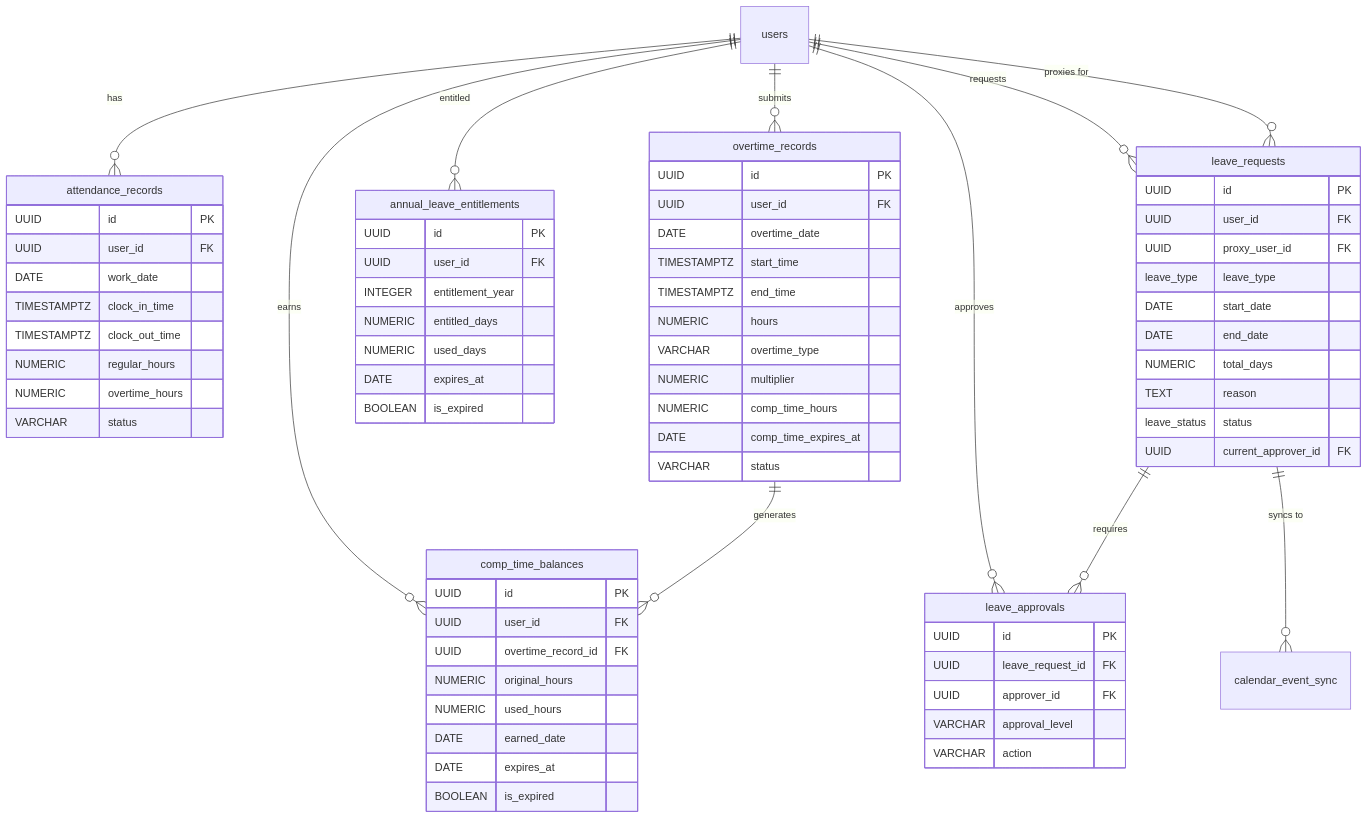
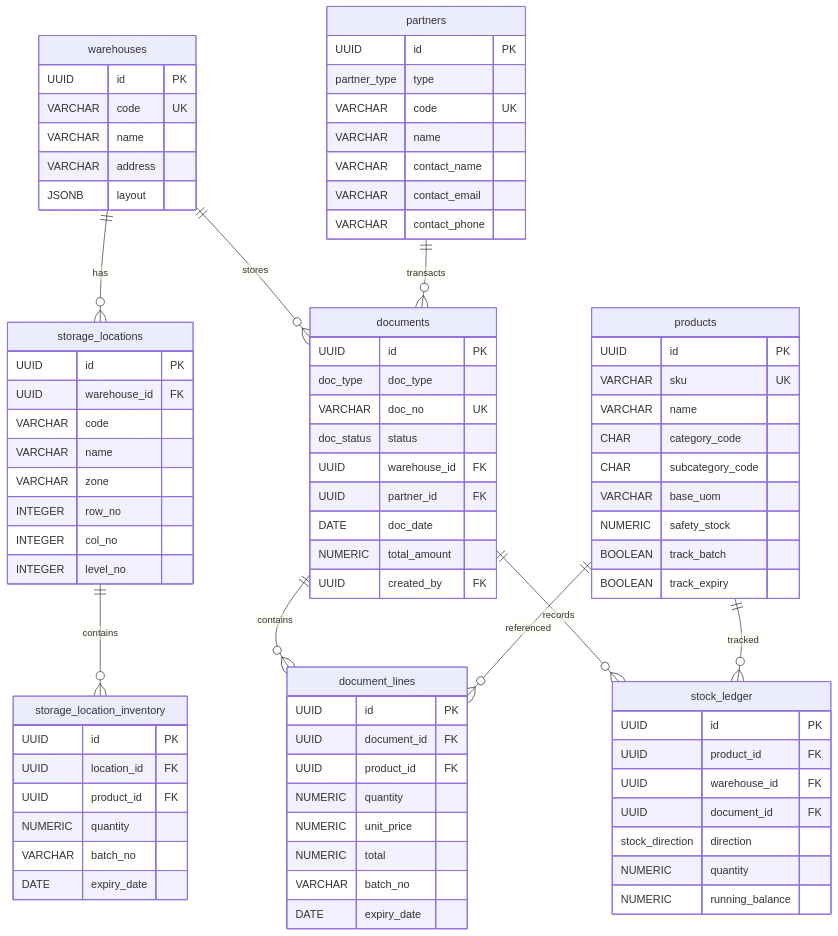
One commit to delightening/ipig_system changed the eighth of 11 diagrams in Profiling_Spec/database_erd.md. Above: the diagram before and after it, drawn with Mermaid. The commit also changed other lines of this file and 71 other files, not shown here.

````diff
--- a/Profiling_Spec/database_erd.md
+++ b/Profiling_Spec/database_erd.md
@@ -413,80 +528,94 @@
 ```mermaid
 erDiagram
-    users ||--o{ attendance_records : "has"
-    users ||--o{ overtime_records : "submits"
-    users ||--o{ annual_leave_entitlements : "entitled"
-    users ||--o{ comp_time_balances : "earns"
-    users ||--o{ leave_requests : "requests"
-    users ||--o{ leave_requests : "proxies for"
-    users ||--o{ leave_approvals : "approves"
-    overtime_records ||--o{ comp_time_balances : "generates"
-    leave_requests ||--o{ leave_approvals : "requires"
-    leave_requests ||--o{ calendar_event_sync : "syncs to"
-    
-    attendance_records {
+    products {
         UUID id PK
-        UUID user_id FK
-        DATE work_date
-        TIMESTAMPTZ clock_in_time
-        TIMESTAMPTZ clock_out_time
-        NUMERIC regular_hours
-        NUMERIC overtime_hours
-        VARCHAR status
+        VARCHAR sku UK
+        VARCHAR name
+        CHAR category_code
+        CHAR subcategory_code
+        VARCHAR base_uom
+        NUMERIC safety_stock
+        BOOLEAN track_batch
+        BOOLEAN track_expiry
     }
-    
-    overtime_records {
+
+    warehouses {
         UUID id PK
-        UUID user_id FK
-        DATE overtime_date
-        TIMESTAMPTZ start_time
-        TIMESTAMPTZ end_time
-        NUMERIC hours
-        VARCHAR overtime_type
-        NUMERIC multiplier
-        NUMERIC comp_time_hours
-        DATE comp_time_expires_at
-        VARCHAR status
+        VARCHAR code UK
+        VARCHAR name
+        VARCHAR address
+        JSONB layout
     }
-    
-    annual_leave_entitlements {
+
+    storage_locations {
         UUID id PK
-        UUID user_id FK
-        INTEGER entitlement_year
-        NUMERIC entitled_days
-        NUMERIC used_days
-        DATE expires_at
-        BOOLEAN is_expired
+        UUID warehouse_id FK
+        VARCHAR code
+        VARCHAR name
+        VARCHAR zone
+        INTEGER row_no
+        INTEGER col_no
+        INTEGER level_no
     }
-    
-    comp_time_balances {
+
+    storage_location_inventory {
         UUID id PK
-        UUID user_id FK
-        UUID overtime_record_id FK
-        NUMERIC original_hours
-        NUMERIC used_hours
-        DATE earned_date
-        DATE expires_at
-        BOOLEAN is_expired
+        UUID location_id FK
+        UUID product_id FK
+        NUMERIC quantity
+        VARCHAR batch_no
+        DATE expiry_date
     }
-    
-    leave_requests {
+
+    partners {
         UUID id PK
-        UUID user_id FK
-        UUID proxy_user_id FK
-        leave_type leave_type
-        DATE start_date
-        DATE end_date
-        NUMERIC total_days
-        TEXT reason
-        leave_status status
-        UUID current_approver_id FK
+        partner_type type
+        VARCHAR code UK
+        VARCHAR name
+        VARCHAR contact_name
+        VARCHAR contact_email
+        VARCHAR contact_phone
     }
-    
-    leave_approvals {
+
+    documents {
         UUID id PK
-        UUID leave_request_id FK
-        UUID approver_id FK
-        VARCHAR approval_level
-        VARCHAR action
+        doc_type doc_type
+        VARCHAR doc_no UK
+        doc_status status
+        UUID warehouse_id FK
+        UUID partner_id FK
+        DATE doc_date
+        NUMERIC total_amount
+        UUID created_by FK
     }
+
+    document_lines {
+        UUID id PK
+        UUID document_id FK
+        UUID product_id FK
+        NUMERIC quantity
+        NUMERIC unit_price
+        NUMERIC total
+        VARCHAR batch_no
+        DATE expiry_date
+    }
+
+    stock_ledger {
+        UUID id PK
+        UUID product_id FK
+        UUID warehouse_id FK
+        UUID document_id FK
+        stock_direction direction
+        NUMERIC quantity
+        NUMERIC running_balance
+    }
+
+    warehouses ||--o{ storage_locations : has
+    warehouses ||--o{ documents : stores
+    storage_locations ||--o{ storage_location_inventory : contains
+    partners ||--o{ documents : transacts
+    documents ||--o{ document_lines : contains
+    documents ||--o{ stock_ledger : records
+    products ||--o{ document_lines : referenced
+    products ||--o{ stock_ledger : tracked
 ```
````
